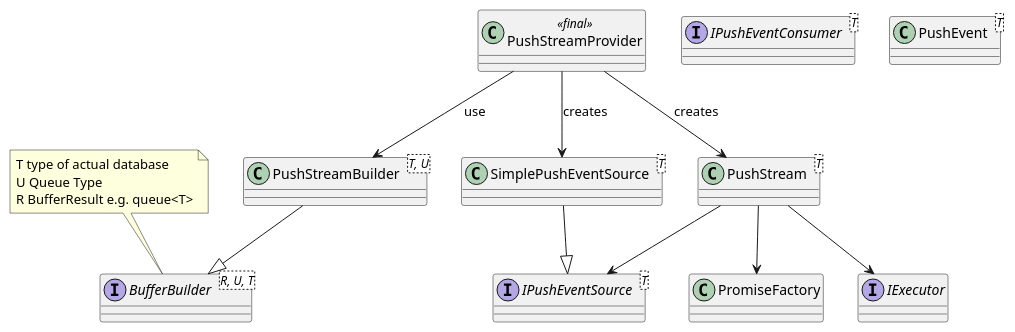
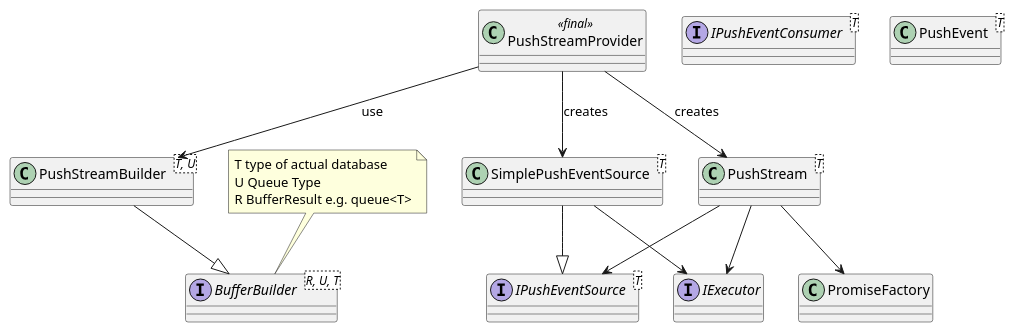
One commit to apache/celix changed the diagram in libs/pushstreams/docs/_classes.pu. Above: the diagram before and after it, drawn with PlantUML. The commit also changed 2 other files, not shown here.

```diff
--- a/libs/pushstreams/docs/_classes.pu
+++ b/libs/pushstreams/docs/_classes.pu
@@ -1,34 +1,35 @@
 @startuml
 
 interface BufferBuilder<R, U, T>
 note top
     T type of actual database
     U Queue Type
     R BufferResult e.g. queue<T>
 end note
 
 interface IPushEventConsumer<T>
 interface IPushEventSource<T>
 interface IExecutor
 
 class PromiseFactory
 
 class PushEvent<T>
 class PushStream<T> 
 class PushStreamBuilder<T, U>
 class PushStreamProvider <<final>>
 class SimplePushEventSource<T>
 
 SimplePushEventSource --|> IPushEventSource
+SimplePushEventSource --> IExecutor
 
+PushStream --> IExecutor
 PushStream --> PromiseFactory
 PushStream --> IPushEventSource
-PushStream --> IExecutor
 
 PushStreamProvider --> PushStream : creates
 PushStreamProvider --> SimplePushEventSource : creates
 PushStreamProvider --> PushStreamBuilder : use
 
 PushStreamBuilder --|> BufferBuilder
 
 @enduml
```
